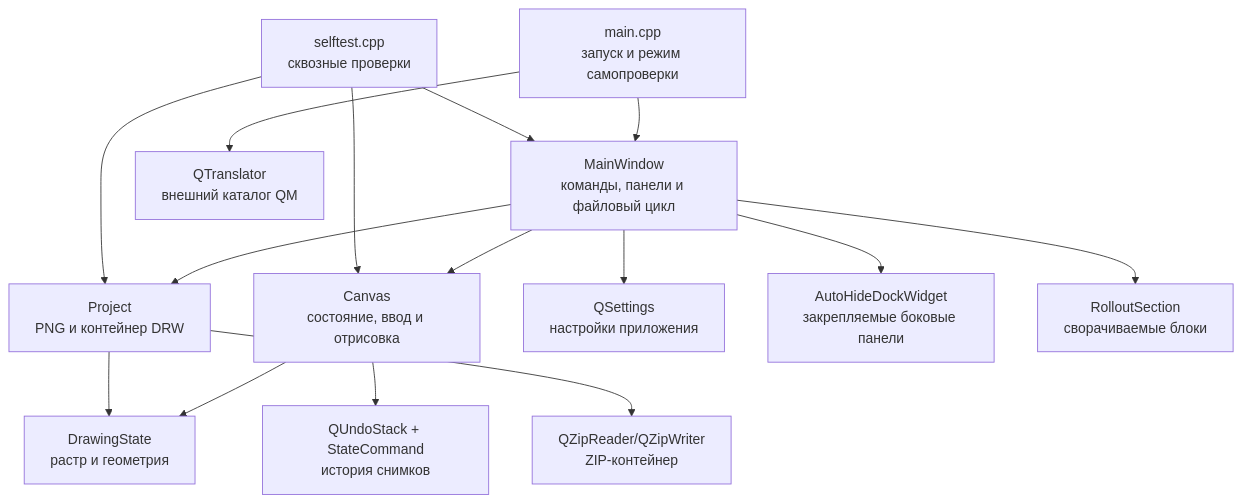
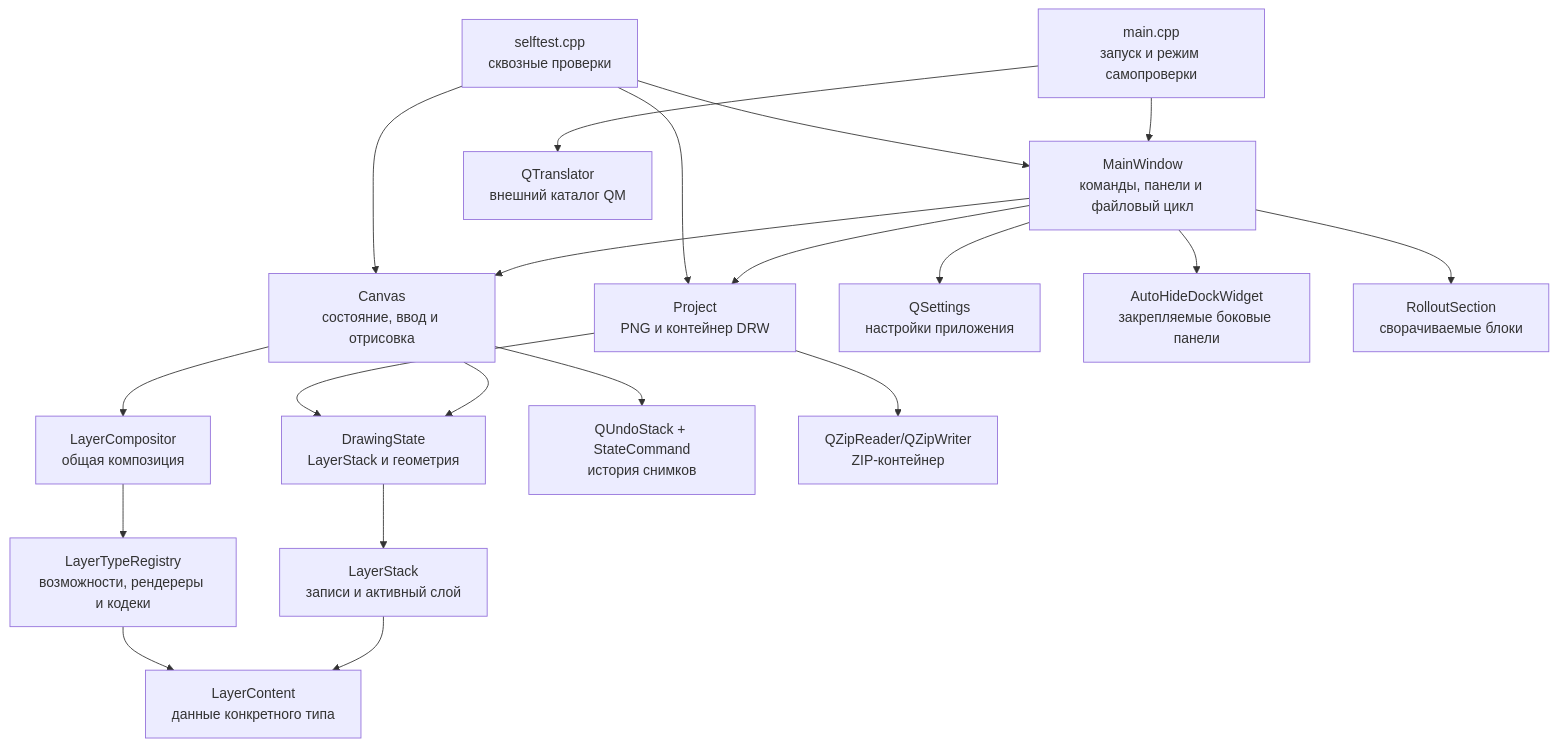
Before and after one commit to imalyavskiy/TechDrawGraphicsEditor: the diagram in docs/architecture.md, drawn with Mermaid. The commit also changed other lines of this file and 1 other file, not shown here.

````diff
--- a/docs/architecture.md
+++ b/docs/architecture.md
@@ -11,17 +11,22 @@
 ```mermaid
 flowchart TD
     Main[main.cpp<br/>запуск и режим самопроверки] --> Window[MainWindow<br/>команды, панели и файловый цикл]
     Window --> Canvas[Canvas<br/>состояние, ввод и отрисовка]
     Window --> Project[Project<br/>PNG и контейнер DRW]
     Window --> Settings[QSettings<br/>настройки приложения]
     Window --> AutoHide[AutoHideDockWidget<br/>закрепляемые боковые панели]
     Window --> Rollout[RolloutSection<br/>сворачиваемые блоки]
     Main --> Translator[QTranslator<br/>внешний каталог QM]
-    Canvas --> State[DrawingState<br/>растр и геометрия]
+    Canvas --> State[DrawingState<br/>LayerStack и геометрия]
+    Canvas --> Compositor[LayerCompositor<br/>общая композиция]
+    State --> Stack[LayerStack<br/>записи и активный слой]
+    Stack --> Content[LayerContent<br/>данные конкретного типа]
+    Compositor --> Registry[LayerTypeRegistry<br/>возможности, рендереры и кодеки]
+    Registry --> Content
     Canvas --> Undo[QUndoStack + StateCommand<br/>история снимков]
     Project --> State
     Project --> Archive[QZipReader/QZipWriter<br/>ZIP-контейнер]
     SelfTest[selftest.cpp<br/>сквозные проверки] --> Window
     SelfTest --> Canvas
     SelfTest --> Project
 ```
````
